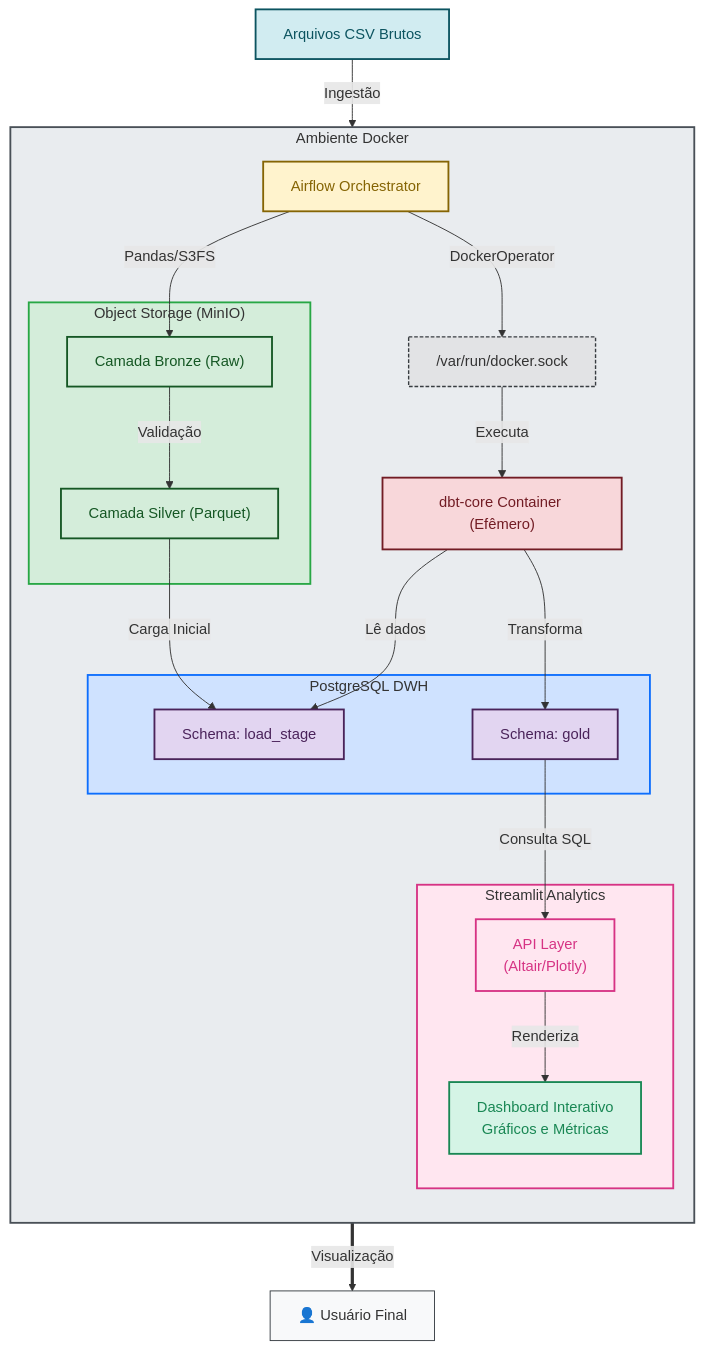
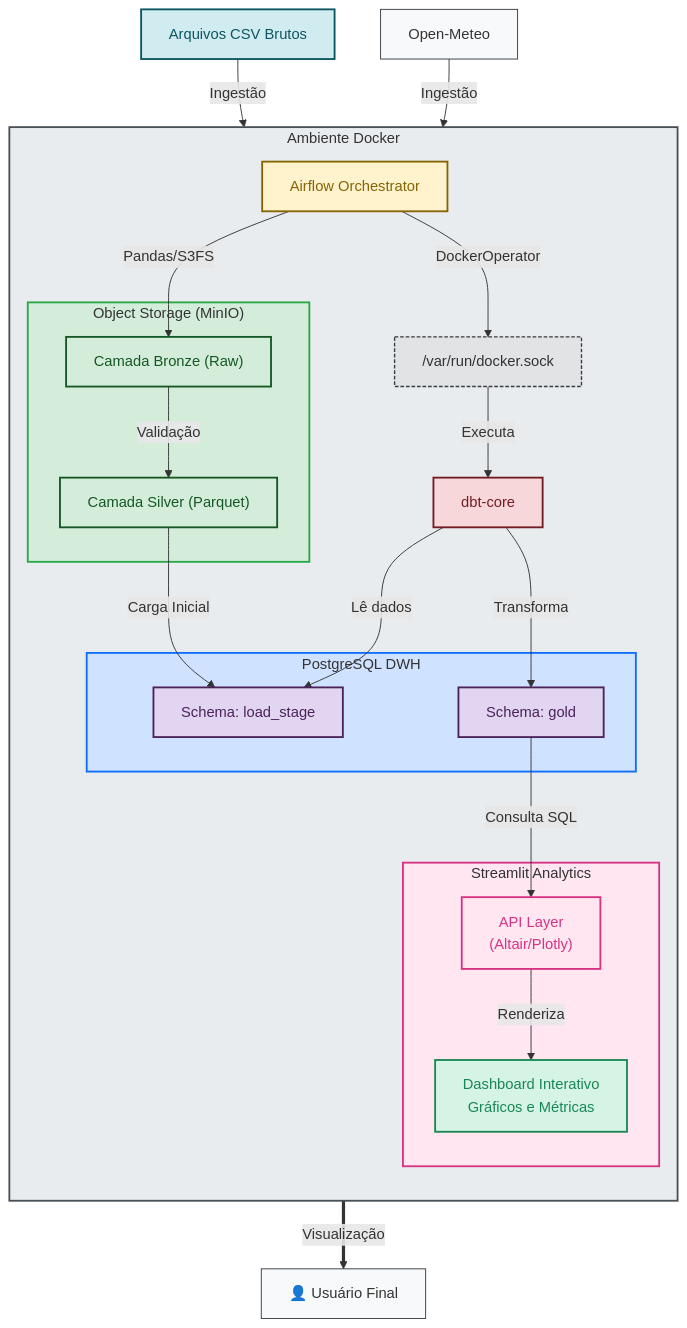
Before and after one commit to rafaelladuarte/refresco-data-case: the first of 2 diagrams in README.md, drawn with Mermaid. The commit also changed 4 other files, not shown here.

````diff
--- a/README.md
+++ b/README.md
@@ -33,68 +33,69 @@
 ```mermaid
 graph TD
     %% Estilos - Tema Profissional
     classDef default fill:#f8f9fa,stroke:#343a40,stroke-width:1px
     classDef source fill:#d1ecf1,stroke:#0c5460,stroke-width:2px,color:#0c5460
     classDef orchestrator fill:#fff3cd,stroke:#856404,stroke-width:2px,color:#856404
     classDef storage fill:#d4edda,stroke:#155724,stroke-width:2px,color:#155724
     classDef warehouse fill:#e2d5f1,stroke:#4a235a,stroke-width:2px,color:#4a235a
     classDef compute fill:#f8d7da,stroke:#721c24,stroke-width:2px,color:#721c24
     classDef socket fill:#e2e3e5,stroke:#383d41,stroke-width:1.5px,stroke-dasharray:4 2
     classDef analytics fill:#ffe6f0,stroke:#d63384,stroke-width:2px,color:#d63384
     classDef visualization fill:#d5f4e6,stroke:#198754,stroke-width:2px,color:#198754
 
     %% Nós
     CSV["Arquivos CSV Brutos"] -->|Ingestão| Airflow["Airflow Orchestrator"]
+    API["Open-Meteo"]-->|Ingestão| Airflow
     class CSV source
     class Airflow orchestrator
 
     subgraph Docker["Ambiente Docker"]
         direction TB
         
         Airflow
         DockerSock["/var/run/docker.sock"]
-        DBT["dbt-core Container (Efêmero)"]
+        DBT["dbt-core"]
         
         subgraph MinIO["Object Storage (MinIO)"]
             Bronze["Camada Bronze (Raw)"]
             Silver["Camada Silver (Parquet)"]
         end
         
         subgraph PostgreSQL["PostgreSQL DWH"]
             LoadStage["Schema: load_stage"]
             Gold["Schema: gold"]
         end
         
         subgraph Streamlit["Streamlit Analytics"]
             Dashboard["Dashboard Interativo<br/>Gráficos e Métricas"]
             APILayer["API Layer<br/>(Altair/Plotly)"]
         end
     end
 
     %% Fluxo da Pipeline
     Airflow -->|Pandas/S3FS| Bronze
     Bronze -->|Validação| Silver
     Silver -->|Carga Inicial| LoadStage
     Airflow -->|DockerOperator| DockerSock
     DockerSock -->|Executa| DBT
     DBT -->|Lê dados| LoadStage
     DBT -->|Transforma| Gold
     
     %% Fluxo de Disponibilização
     Gold -->|Consulta SQL| APILayer
     APILayer -->|Renderiza| Dashboard
     Dashboard ==>|Visualização| Usuario["👤 Usuário Final"]
 
     %% Aplicando estilos dos subgráficos
     style Docker fill:#e9ecef,stroke:#495057,stroke-width:2px
     style MinIO fill:#d4edda,stroke:#28a745,stroke-width:2px
     style PostgreSQL fill:#cfe2ff,stroke:#0d6efd,stroke-width:2px
     style Streamlit fill:#ffe6f0,stroke:#d63384,stroke-width:2px
     
     class DockerSock socket
     class DBT compute
     class Bronze,Silver storage
     class LoadStage,Gold warehouse
     class APILayer analytics
     class Dashboard visualization
 ```
````
